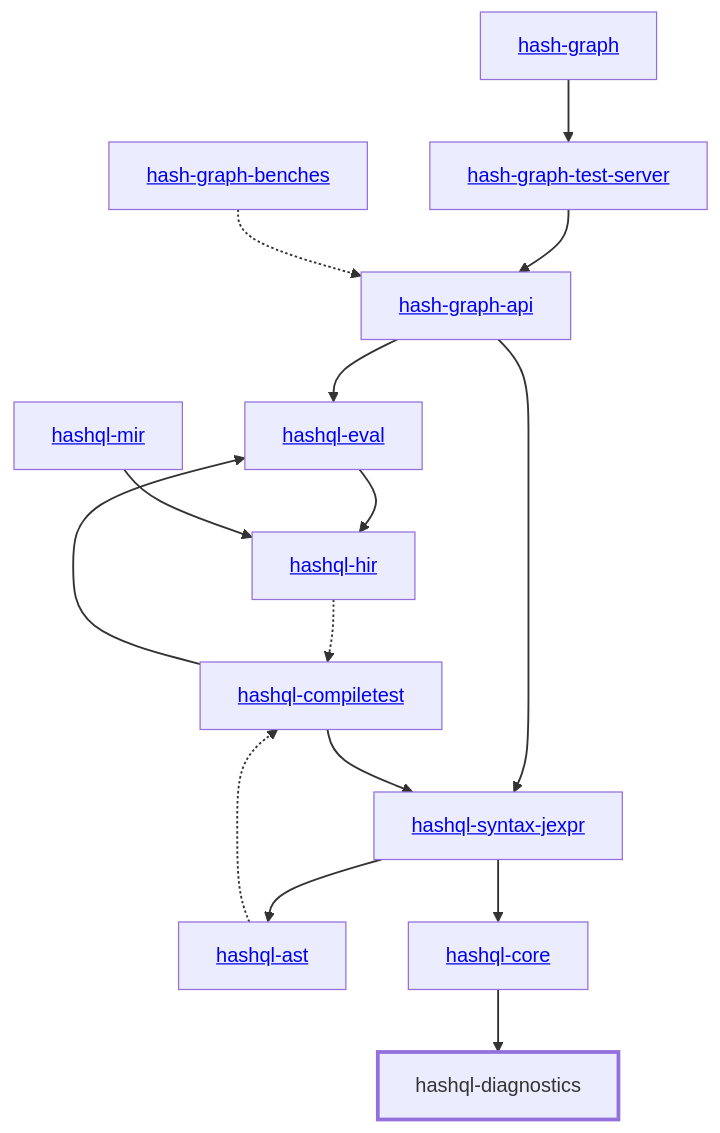
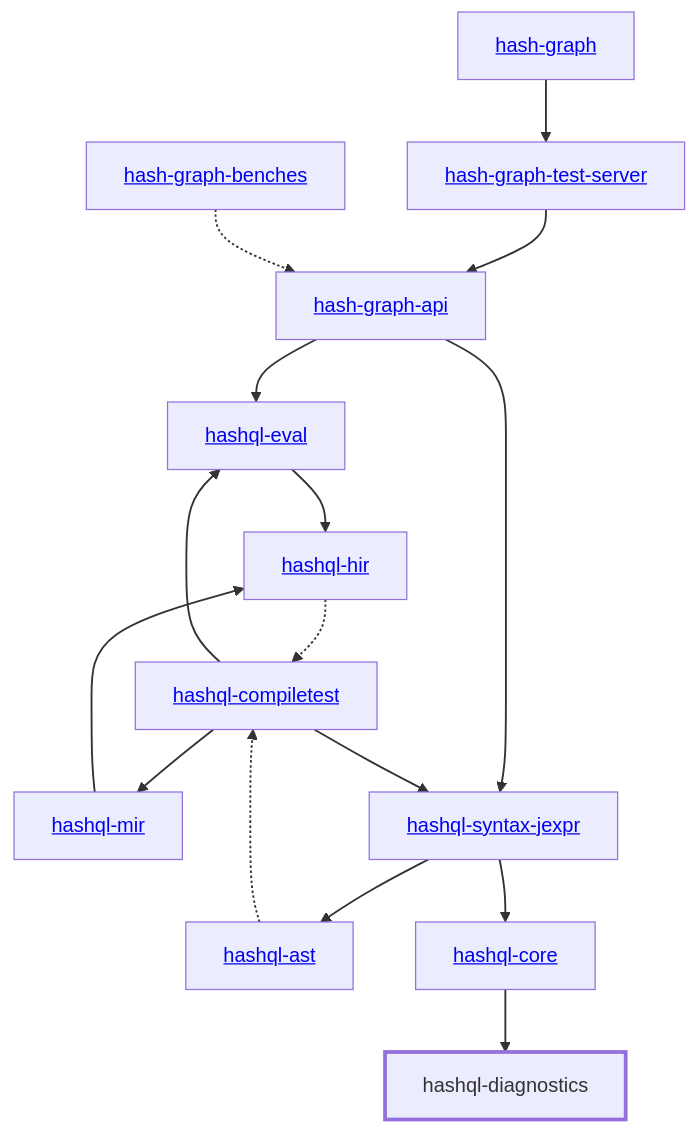
Before and after one commit to hashintel/hash: the diagram in libs/@local/hashql/diagnostics/docs/dependency-diagram.mmd, drawn with Mermaid. The commit also changed 22 other files, not shown here.

Commit message:
fix: dependency diagram

```diff
--- a/libs/@local/hashql/diagnostics/docs/dependency-diagram.mmd
+++ b/libs/@local/hashql/diagnostics/docs/dependency-diagram.mmd
@@ -1,37 +1,38 @@
 graph TD
     linkStyle default stroke-width:1.5px
     classDef default stroke-width:1px
     classDef root stroke-width:3px
     classDef dev stroke-width:1px
     classDef build stroke-width:1px
     %% Legend
     %% --> : Normal dependency
     %% -.-> : Dev dependency
     %% ---> : Build dependency
     0[<a href="../hash_graph/index.html">hash-graph</a>]
     1[<a href="../hash_graph_api/index.html">hash-graph-api</a>]
     2[<a href="../hash_graph_test_server/index.html">hash-graph-test-server</a>]
     3[<a href="../hashql_ast/index.html">hashql-ast</a>]
     4[<a href="../hashql_compiletest/index.html">hashql-compiletest</a>]
     5[<a href="../hashql_core/index.html">hashql-core</a>]
     6[hashql-diagnostics]
     class 6 root
     7[<a href="../hashql_eval/index.html">hashql-eval</a>]
     8[<a href="../hashql_hir/index.html">hashql-hir</a>]
     9[<a href="../hashql_mir/index.html">hashql-mir</a>]
     10[<a href="../hashql_syntax_jexpr/index.html">hashql-syntax-jexpr</a>]
     11[<a href="../hash_graph_benches/index.html">hash-graph-benches</a>]
     0 --> 2
     1 --> 7
     1 --> 10
     2 --> 1
     3 -.-> 4
     4 --> 7
+    4 --> 9
     4 --> 10
     5 --> 6
     7 --> 8
     8 -.-> 4
     9 --> 8
     10 --> 3
     10 --> 5
     11 -.-> 1
```
